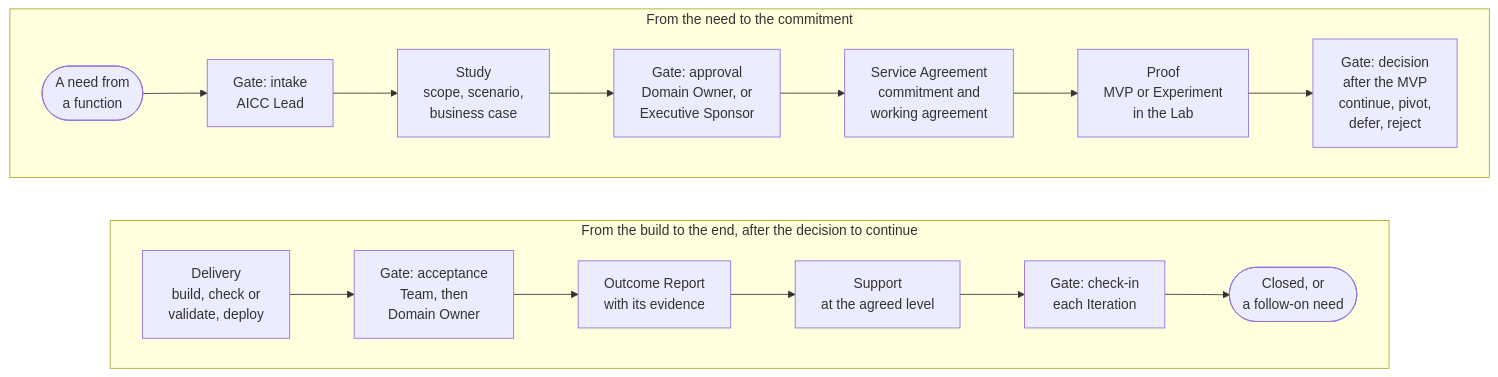
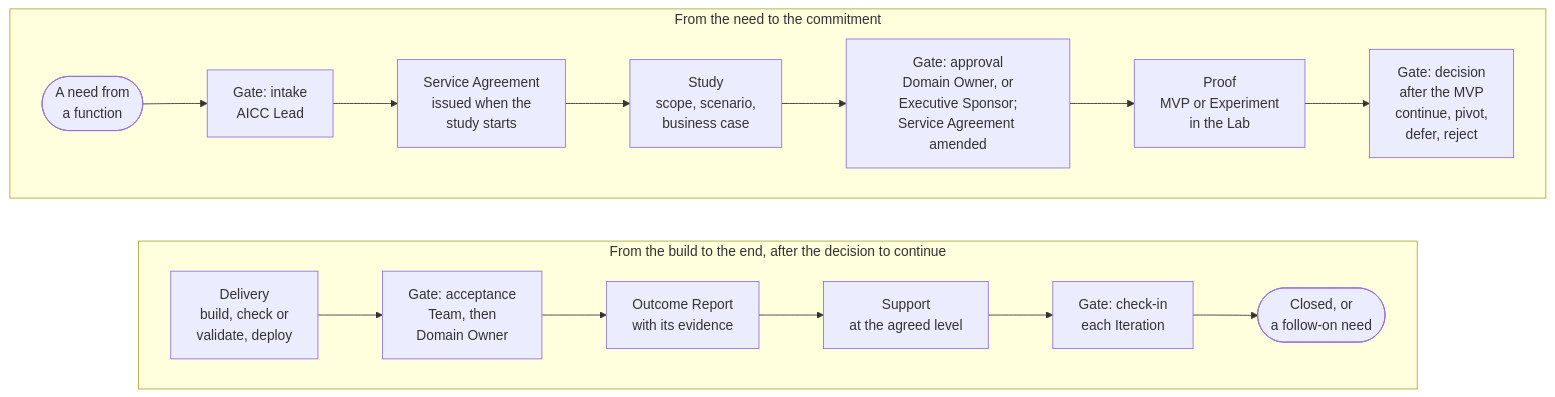
The diagram in portal/content/about/how-we-work.md (devhogu/ob-aicc), drawn with Mermaid before and after one commit. The commit also changed other lines of this file and 465 other files, not shown here.

````diff
--- a/portal/content/about/how-we-work.md
+++ b/portal/content/about/how-we-work.md
@@ -9,21 +9,21 @@
 ```mermaid
 flowchart TB
   subgraph ROW1["From the need to the commitment"]
     direction LR
     C(["A need from<br/>a function"]) --> G1["Gate: intake<br/>AICC Lead"]
-    G1 --> ST["Study<br/>scope, scenario,<br/>business case"]
-    ST --> G2["Gate: approval<br/>Domain Owner, or<br/>Executive Sponsor"]
-    G2 --> SA["Service Agreement<br/>commitment and<br/>working agreement"]
-    SA --> MV["Proof<br/>MVP or Experiment<br/>in the Lab"]
+    G1 --> SA["Service Agreement<br/>issued when the<br/>study starts"]
+    SA --> ST["Study<br/>scope, scenario,<br/>business case"]
+    ST --> G2["Gate: approval<br/>Domain Owner, or<br/>Executive Sponsor;<br/>Service Agreement amended"]
+    G2 --> MV["Proof<br/>MVP or Experiment<br/>in the Lab"]
     MV --> G3["Gate: decision<br/>after the MVP<br/>continue, pivot,<br/>defer, reject"]
   end
   subgraph ROW2["From the build to the end, after the decision to continue"]
     direction LR
     DL["Delivery<br/>build, check or<br/>validate, deploy"] --> G4["Gate: acceptance<br/>Team, then<br/>Domain Owner"]
     G4 --> OR["Outcome Report<br/>with its evidence"]
     OR --> SP["Support<br/>at the agreed level"]
     SP --> G5["Gate: check-in<br/>each Iteration"]
     G5 --> E(["Closed, or<br/>a follow-on need"])
   end
   ROW1 ~~~ ROW2
 ```
````
